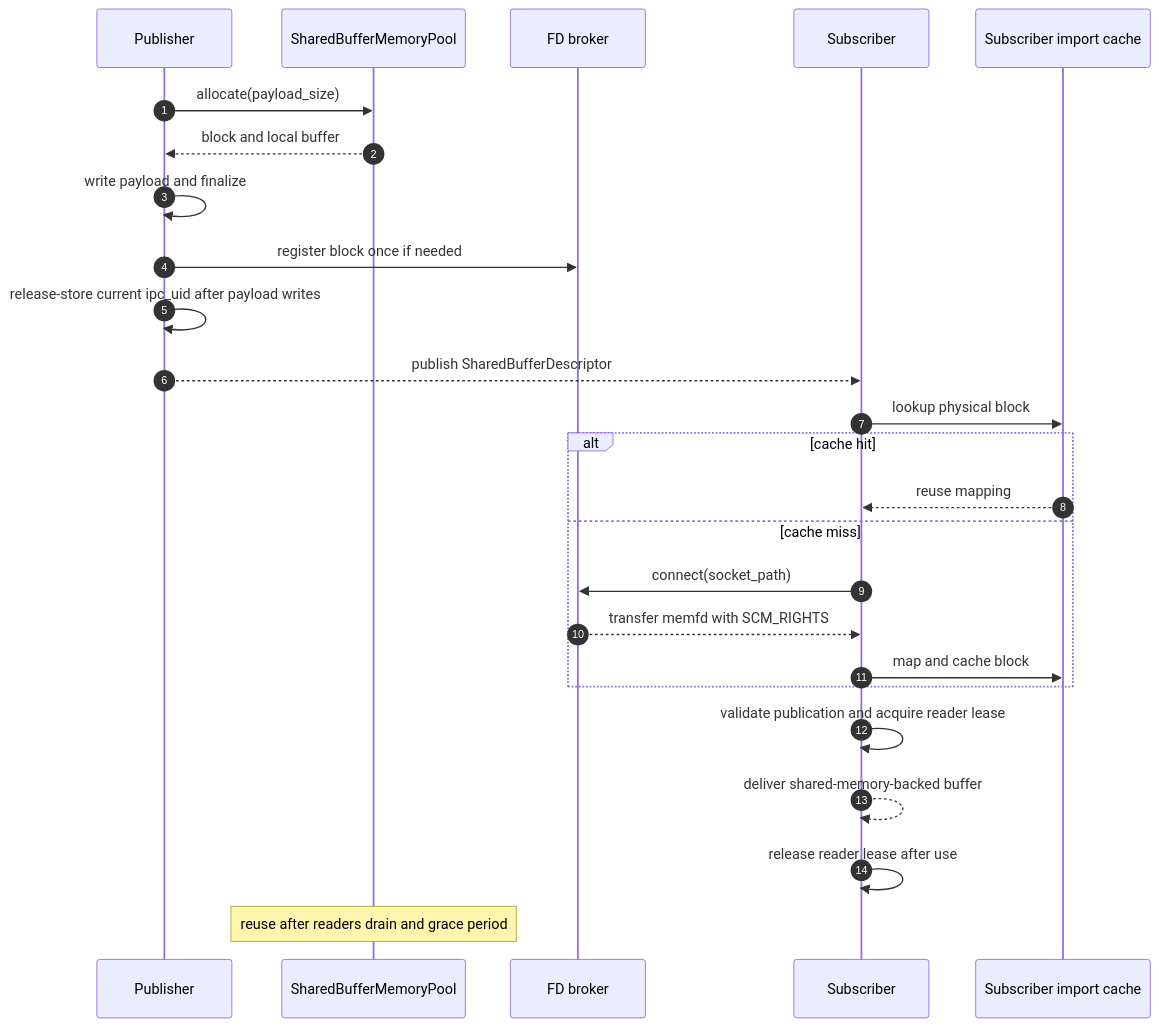
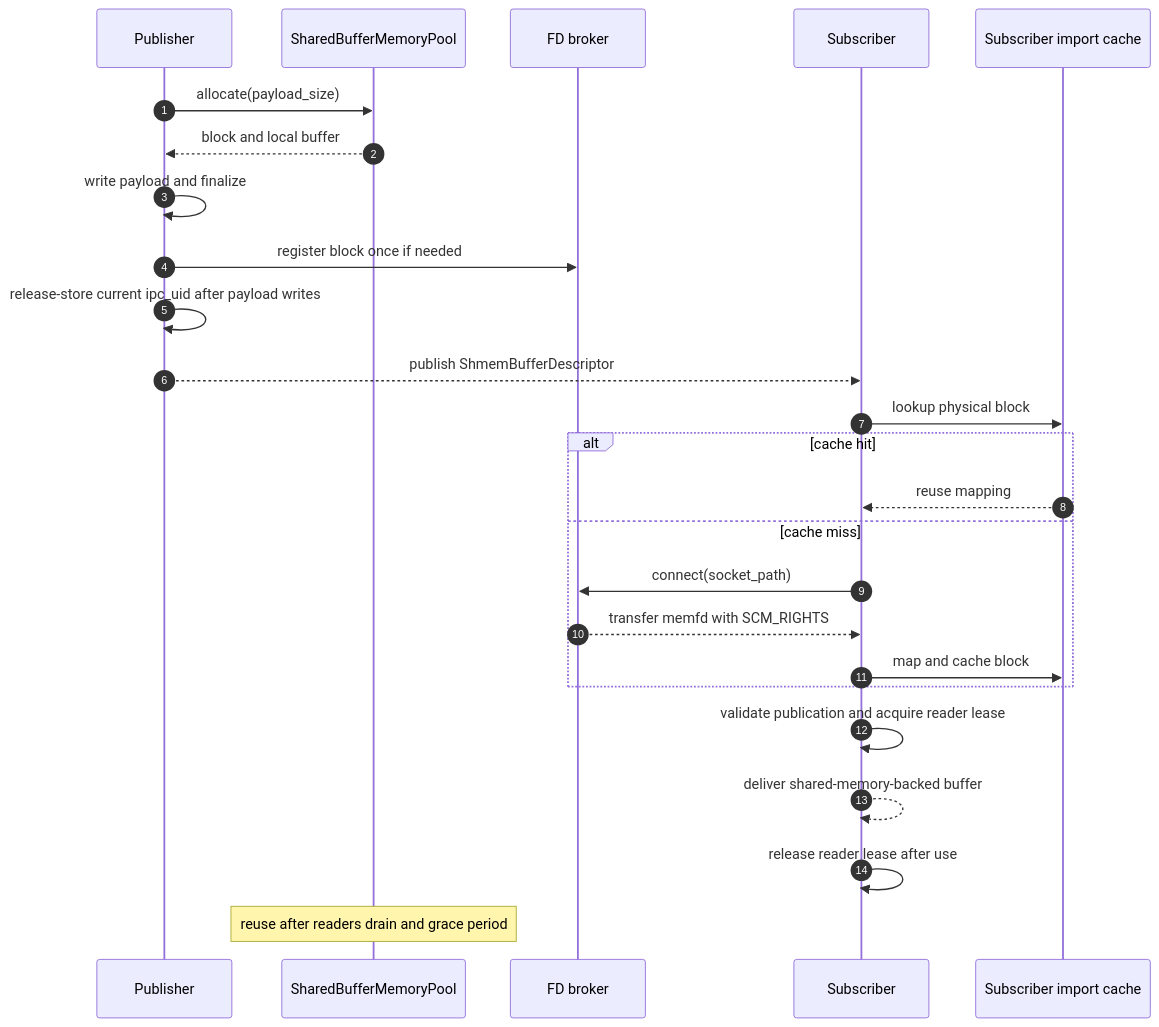
The second of 6 diagrams in docs/shmem_buffer_backend_design.md (dskkato/shmem_buffer_backend), drawn with Mermaid before and after one commit. The commit also changed other lines of this file and 69 other files, not shown here.

Commit message:
Rename shared buffer package to shmem_buffer

````diff
--- a/docs/shmem_buffer_backend_design.md
+++ b/docs/shmem_buffer_backend_design.md
@@ -74,30 +74,30 @@
 ```mermaid
 sequenceDiagram
   autonumber
   participant Pub as Publisher
   participant Pool as SharedBufferMemoryPool
   participant Broker as FD broker
   participant Sub as Subscriber
   participant Cache as Subscriber import cache
 
   Pub->>Pool: allocate(payload_size)
   Pool-->>Pub: block and local buffer
   Pub->>Pub: write payload and finalize
   Pub->>Broker: register block once if needed
   Pub->>Pub: release-store current ipc_uid after payload writes
-  Pub-->>Sub: publish SharedBufferDescriptor
+  Pub-->>Sub: publish ShmemBufferDescriptor
 
   Sub->>Cache: lookup physical block
   alt cache hit
     Cache-->>Sub: reuse mapping
   else cache miss
     Sub->>Broker: connect(socket_path)
     Broker-->>Sub: transfer memfd with SCM_RIGHTS
     Sub->>Cache: map and cache block
   end
 
   Sub->>Sub: validate publication and acquire reader lease
   Sub-->>Sub: deliver shared-memory-backed buffer
   Sub->>Sub: release reader lease after use
   Note over Pool: reuse after readers drain and grace period
 ```
````
